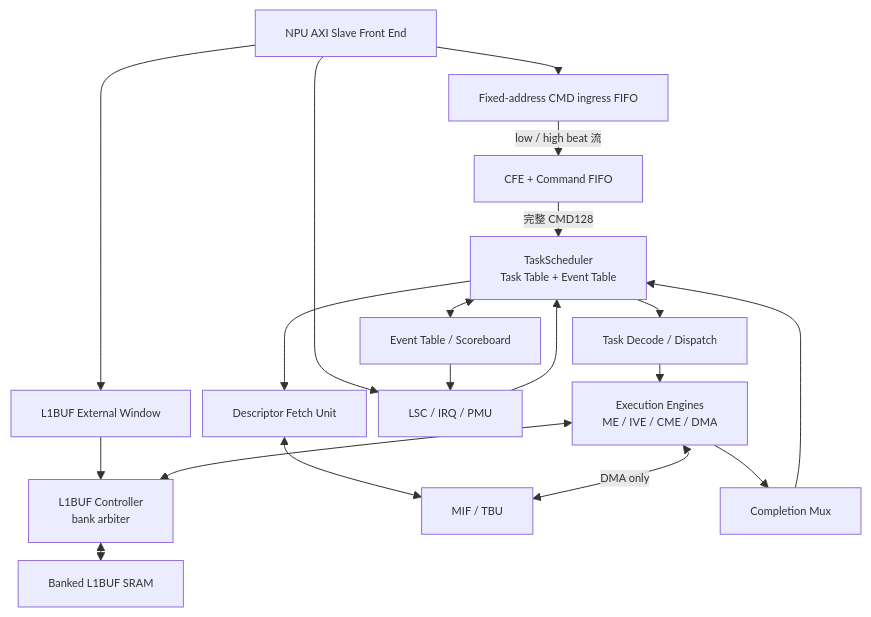
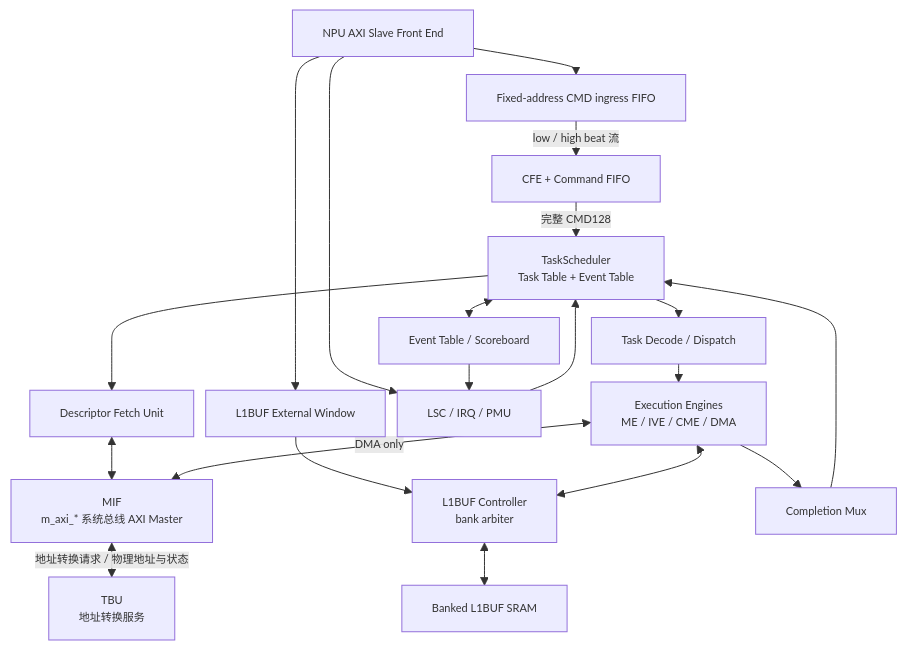
One commit to Little-W/Obsidian changed the third of 17 diagrams in NPU/NPU 指令与硬件架构设计 Spec.md. Above: the diagram before and after it, drawn with Mermaid. The commit also changed other lines of this file and 134 other files, not shown here.

````diff
--- a/NPU/NPU 指令与硬件架构设计 Spec.md
+++ b/NPU/NPU 指令与硬件架构设计 Spec.md
@@ -400,32 +421,34 @@
 ```mermaid
 %%{init: {"flowchart": {"useMaxWidth": true, "nodeSpacing": 12, "rankSpacing": 18}, "themeVariables": {"fontSize": "11px"}}}%%
 flowchart TB
     AXIS["NPU AXI Slave Front End"]
     CMDW["Fixed-address CMD ingress FIFO"]
     CFE["CFE + Command FIFO"]
     TS["TaskScheduler<br/>Task Table + Event Table"]
     EVT["Event Table / Scoreboard"]
     DFU["Descriptor Fetch Unit"]
     DISP["Task Decode / Dispatch"]
     ENGS["Execution Engines<br/>ME / IVE / CME / DMA"]
     ARB["L1BUF Controller<br/>bank arbiter"]
     SRAM["Banked L1BUF SRAM"]
-    MIF["MIF / TBU"]
+    MIF["MIF<br/>m_axi_* 系统总线 AXI Master"]
+    TBU["TBU<br/>地址转换服务"]
     LSC["LSC / IRQ / PMU"]
     L1WIN["L1BUF External Window"]
     DONE["Completion Mux"]
 
     AXIS --> CMDW -->|"low / high beat 流"| CFE -->|"完整 CMD128"| TS
     AXIS --> LSC
     AXIS --> L1WIN --> ARB
     TS <--> EVT
     TS --> DFU
     DFU <--> MIF
     TS --> DISP --> ENGS
     ENGS <--> ARB
     ARB <--> SRAM
     ENGS <-->|"DMA only"| MIF
+    MIF <-->|"地址转换请求 / 物理地址与状态"| TBU
     ENGS --> DONE --> TS
     EVT --> LSC
     LSC --> TS
 ```
````
